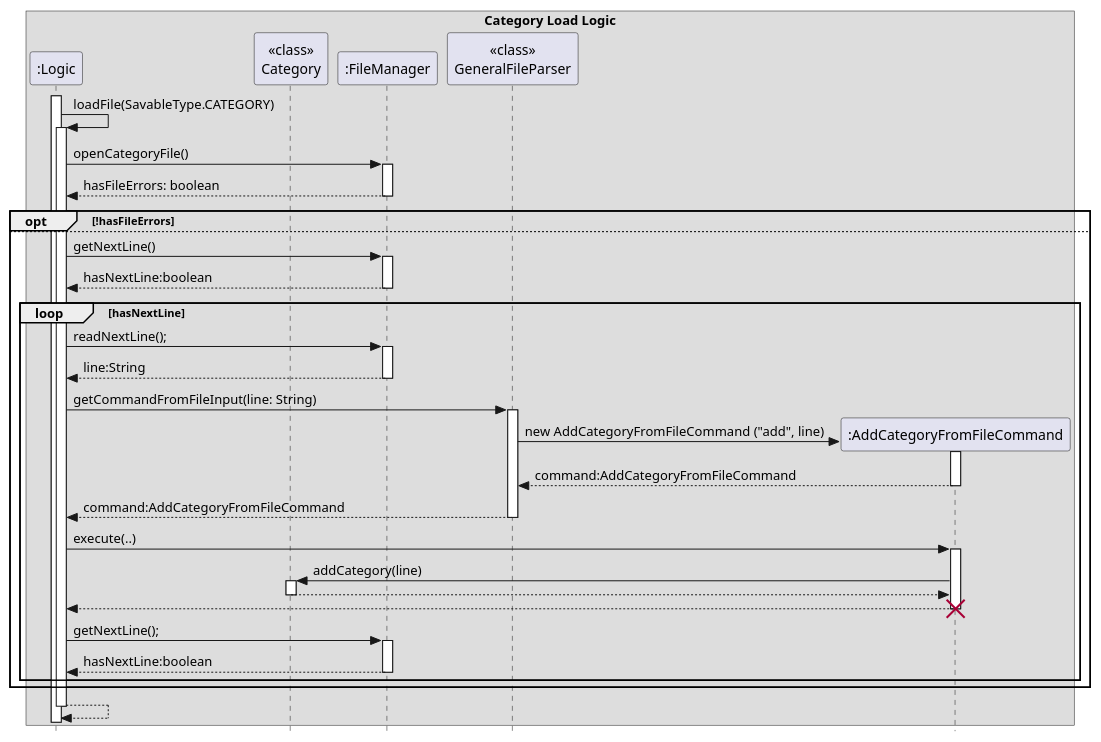
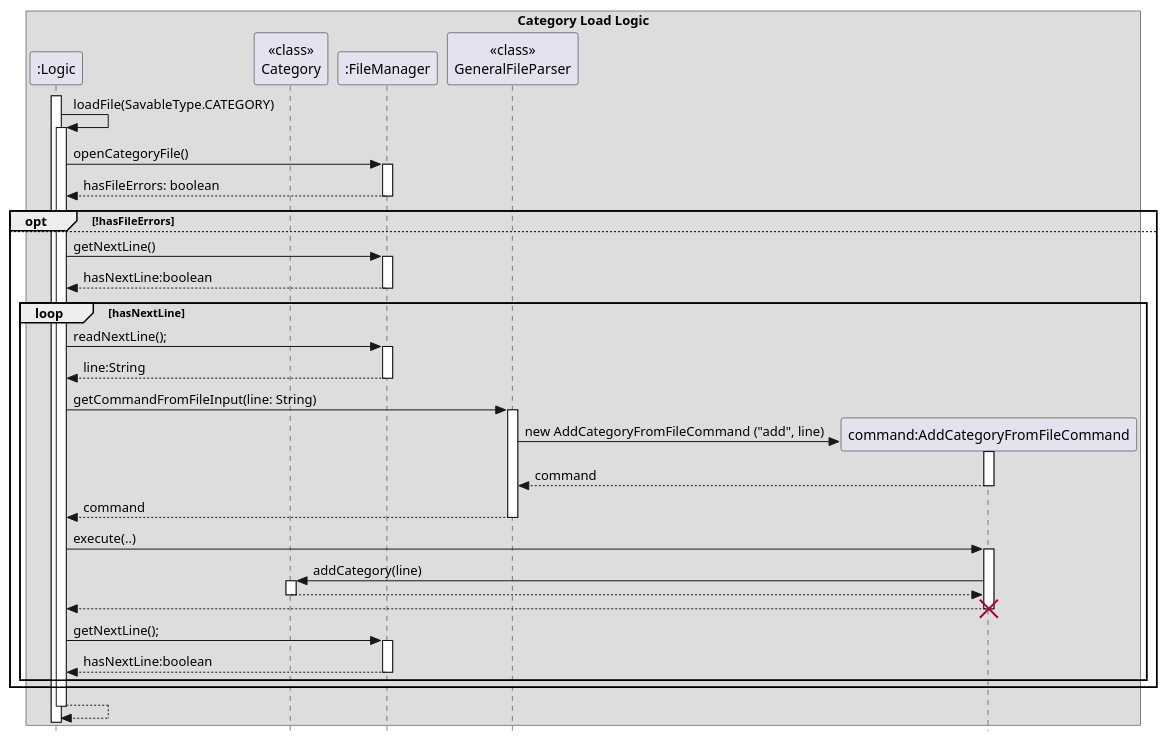
One commit to AY2324S2-CS2113-F14-1/tp changed the diagram in docs/team/UML_Files/category_load_sequence.puml. Above: the diagram before and after it, drawn with PlantUML. The commit also changed 3 other files, not shown here.

Commit message:
Edit Category UML diagrams

```diff
--- a/docs/team/UML_Files/category_load_sequence.puml
+++ b/docs/team/UML_Files/category_load_sequence.puml
@@ -1,60 +1,60 @@
 @startuml
 skinparam Style strictuml
 box Category Load Logic
 participant ":Logic" as logic
 participant "<<class>>\nCategory" as category
 participant ":FileManager" as fileManager
 participant "<<class>>\nGeneralFileParser" as generalFileParser
-participant ":AddCategoryFromFileCommand" as AddCategoryFromFileCommand
+participant "command:AddCategoryFromFileCommand" as AddCategoryFromFileCommand
 
 activate logic
 
 logic -> logic: loadFile(SavableType.CATEGORY)
 activate logic
 
 logic -> fileManager: openCategoryFile()
 activate fileManager
 fileManager -[dashed]-> logic: hasFileErrors: boolean
 deactivate fileManager
     opt !hasFileErrors
     else
         logic -> fileManager : getNextLine()
         activate fileManager
         fileManager -[dashed]-> logic : hasNextLine:boolean
         deactivate fileManager
         loop hasNextLine
             logic -> fileManager : readNextLine();
             activate fileManager
             fileManager -[dashed]-> logic : line:String
             deactivate fileManager
             logic -> generalFileParser : getCommandFromFileInput(line: String)
             activate generalFileParser
             create AddCategoryFromFileCommand
             generalFileParser -> AddCategoryFromFileCommand: new AddCategoryFromFileCommand ("add", line)
             activate AddCategoryFromFileCommand
-            AddCategoryFromFileCommand --> generalFileParser: command:AddCategoryFromFileCommand
+            AddCategoryFromFileCommand --> generalFileParser: command
             deactivate AddCategoryFromFileCommand
-            generalFileParser --> logic : command:AddCategoryFromFileCommand
+            generalFileParser --> logic : command
             deactivate generalFileParser
             logic -> AddCategoryFromFileCommand : execute(..)
             activate AddCategoryFromFileCommand
             AddCategoryFromFileCommand -> category : addCategory(line)
             activate category
             category -[dashed]-> AddCategoryFromFileCommand
             deactivate
             AddCategoryFromFileCommand -[dashed]-> logic
             deactivate AddCategoryFromFileCommand
             destroy AddCategoryFromFileCommand
             logic -> fileManager : getNextLine();
             activate fileManager
             fileManager -[dashed]-> logic : hasNextLine:boolean
             deactivate fileManager
 
         end
     end
     logic -[dashed]-> logic
     deactivate logic
 
 
 end box
 @enduml
```
